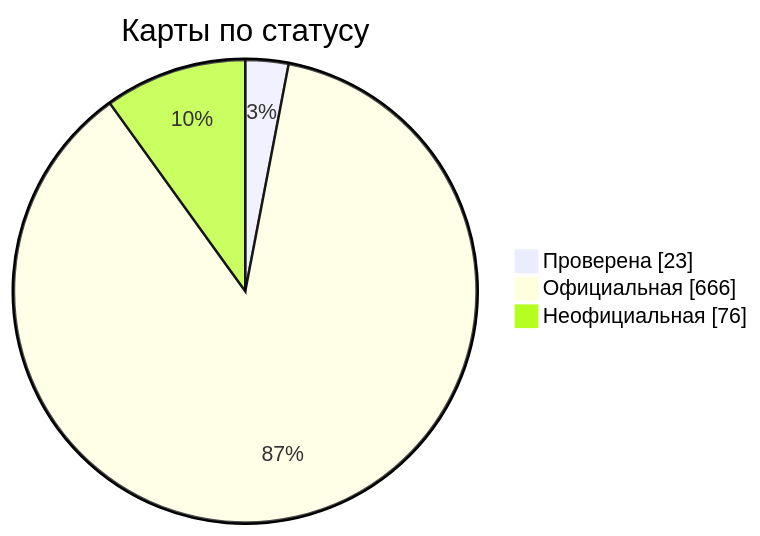
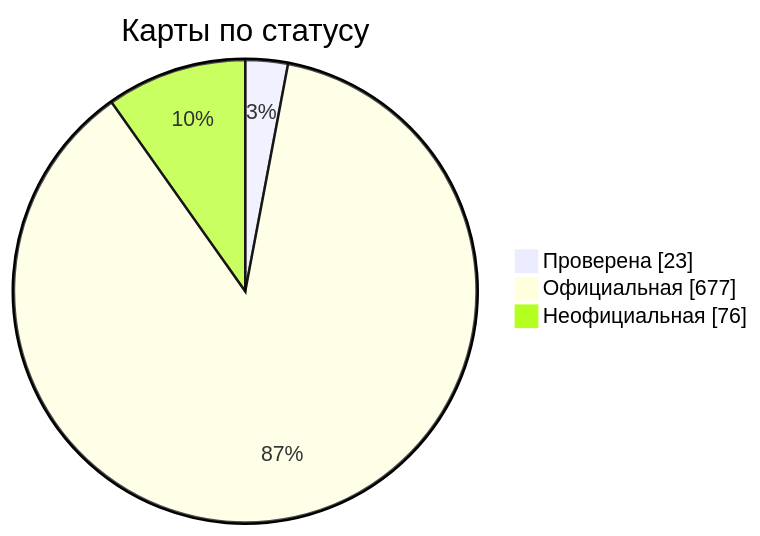
Before and after one commit to nobrega8/mbmap-library: the diagram in docs/readme/README_RU.md, drawn with Mermaid. The commit also changed 16 other files, not shown here.

````diff
--- a/docs/readme/README_RU.md
+++ b/docs/readme/README_RU.md
@@ -54,7 +54,7 @@
 ```mermaid
 pie showData
     title Карты по статусу
     "Проверена" : 23
-    "Официальная" : 666
+    "Официальная" : 677
     "Неофициальная" : 76
 ```
````
